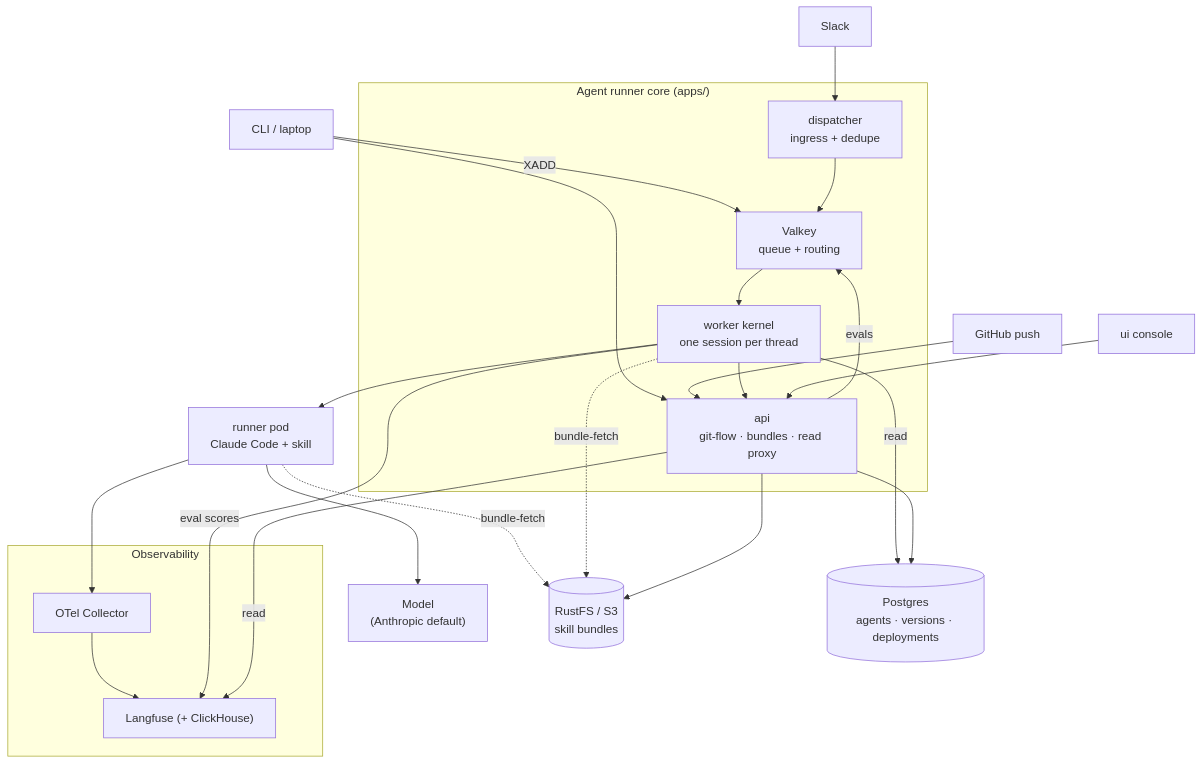
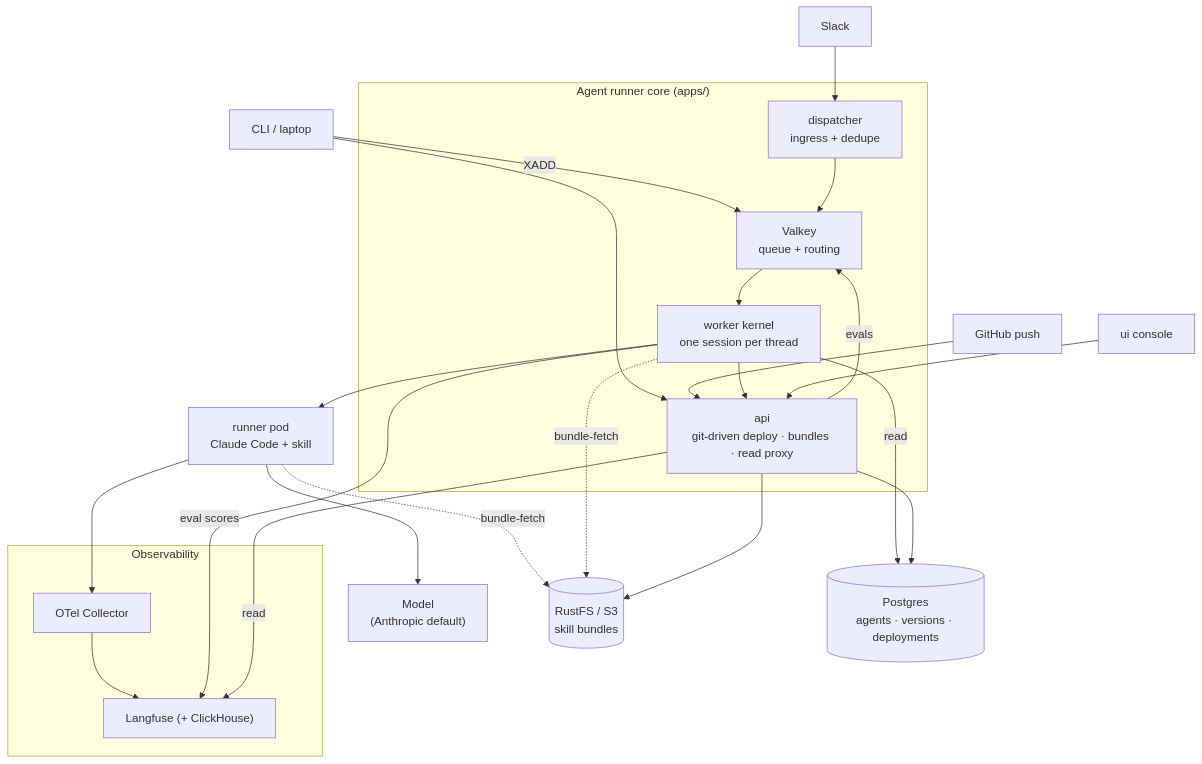
The first of 3 diagrams in ARCHITECTURE.md (curie-eng/agentos), drawn with Mermaid before and after one commit. The commit also changed other lines of this file and 2 other files, not shown here.

First line of the commit message:
Say git-driven instead of git-flow in prose

````diff
--- a/ARCHITECTURE.md
+++ b/ARCHITECTURE.md
@@ -70,43 +70,43 @@
 ```mermaid
 flowchart TB
     Slack["Slack"]
     CLI["CLI / laptop"]
     GH["GitHub push"]
 
     subgraph core["Agent runner core (apps/)"]
         Dispatcher["dispatcher<br/>ingress + dedupe"]
         Queue["Valkey<br/>queue + routing"]
         Worker["worker kernel<br/>one session per thread"]
-        API["api<br/>git-flow · bundles · read proxy"]
+        API["api<br/>git-driven deploy · bundles · read proxy"]
     end
 
     Sandbox["runner pod<br/>Claude Code + skill"]
     Anthropic["Model<br/>(Anthropic default)"]
 
     UI["ui console"]
     Store[("RustFS / S3<br/>skill bundles")]
     PG[("Postgres<br/>agents · versions · deployments")]
 
     subgraph obs["Observability"]
         OTel["OTel Collector"]
         LF["Langfuse (+ ClickHouse)"]
         OTel --> LF
     end
 
     Slack --> Dispatcher
     CLI -- XADD --> Queue
     CLI --> API
     GH --> API
     Dispatcher --> Queue --> Worker --> Sandbox --> Anthropic
     API -- evals --> Queue
     Sandbox -. bundle-fetch .-> Store
     Worker -. bundle-fetch .-> Store
     Worker --> API
     Worker -- read --> PG
     API --> Store
     API --> PG
     UI --> API
     Sandbox --> OTel
     Worker -- eval scores --> LF
     API -- read --> LF
 ```
````
